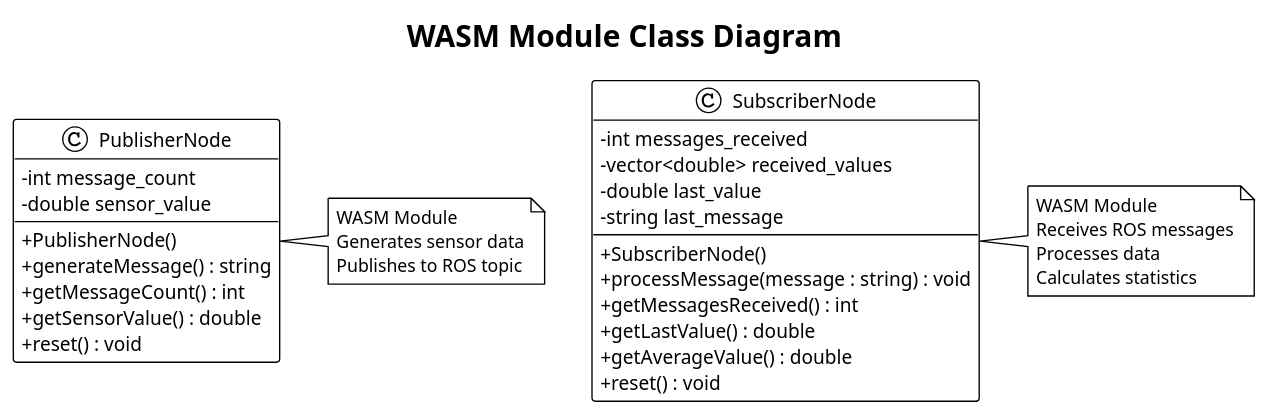
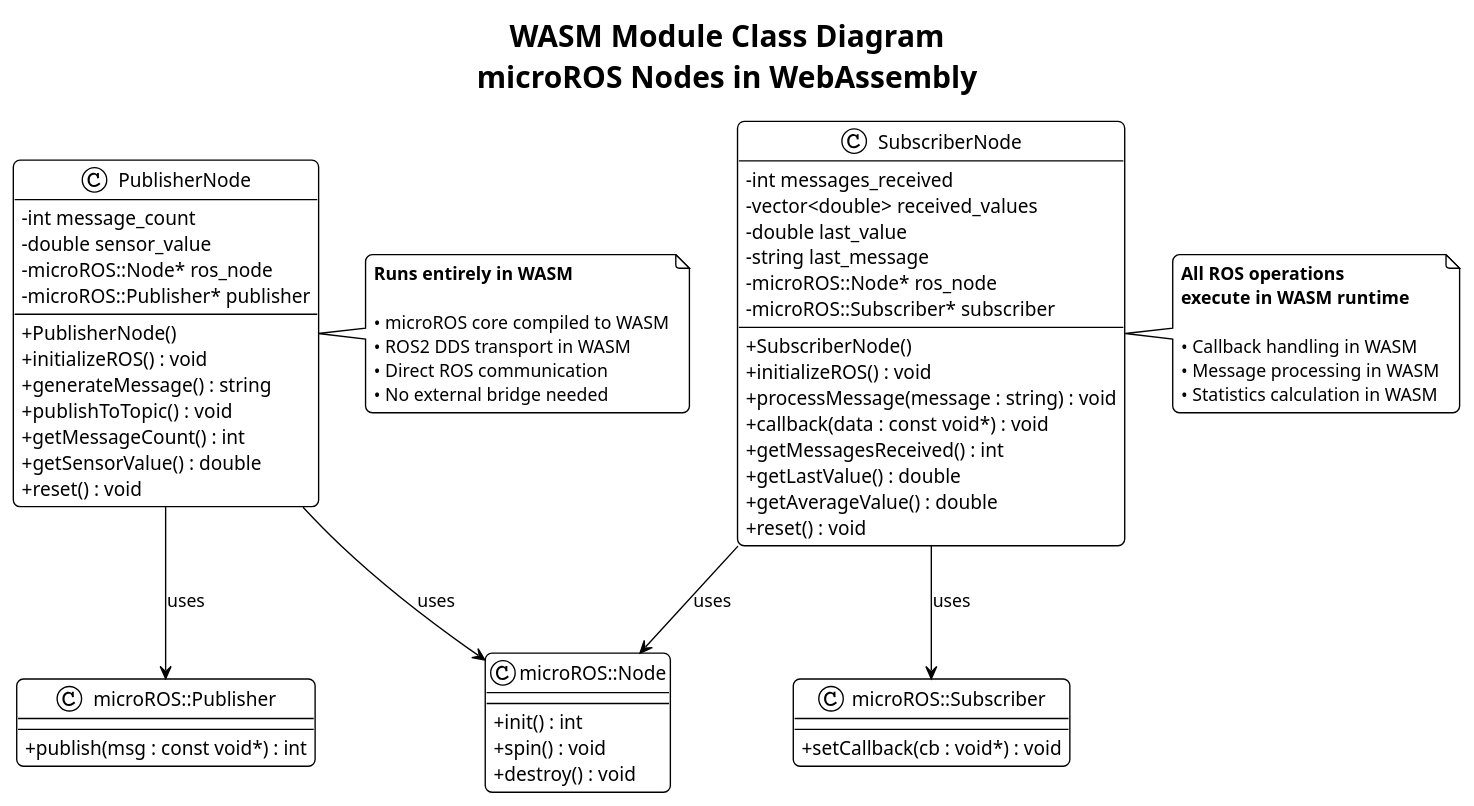
One commit to lucadagati/ros_wasm_example changed the diagram in diagrams/class_diagram.puml. Above: the diagram before and after it, drawn with PlantUML. The commit also changed 9 other files, not shown here.

First line of the commit message:
Fix UML diagrams: microROS runs INSIDE WASM runtime

```diff
--- a/diagrams/class_diagram.puml
+++ b/diagrams/class_diagram.puml
@@ -1,46 +1,79 @@
 @startuml Class Diagram
 !theme plain
 skinparam backgroundColor #FFFFFF
 skinparam classAttributeIconSize 0
+skinparam roundcorner 10
 
-title WASM Module Class Diagram
+title WASM Module Class Diagram\nmicroROS Nodes in WebAssembly
 
 class PublisherNode {
     -int message_count
     -double sensor_value
+    -microROS::Node* ros_node
+    -microROS::Publisher* publisher
     --
     +PublisherNode()
+    +initializeROS() : void
     +generateMessage() : string
+    +publishToTopic() : void
     +getMessageCount() : int
     +getSensorValue() : double
     +reset() : void
 }
 
 class SubscriberNode {
     -int messages_received
     -vector<double> received_values
     -double last_value
     -string last_message
+    -microROS::Node* ros_node
+    -microROS::Subscriber* subscriber
     --
     +SubscriberNode()
+    +initializeROS() : void
     +processMessage(message : string) : void
+    +callback(data : const void*) : void
     +getMessagesReceived() : int
     +getLastValue() : double
     +getAverageValue() : double
     +reset() : void
 }
 
+class "microROS::Node" as ROSNode {
+    +init() : int
+    +spin() : void
+    +destroy() : void
+}
+
+class "microROS::Publisher" as ROSPub {
+    +publish(msg : const void*) : int
+}
+
+class "microROS::Subscriber" as ROSSub {
+    +setCallback(cb : void*) : void
+}
+
+PublisherNode --> ROSNode : uses
+PublisherNode --> ROSPub : uses
+SubscriberNode --> ROSNode : uses
+SubscriberNode --> ROSSub : uses
+
 note right of PublisherNode
-    WASM Module
-    Generates sensor data
-    Publishes to ROS topic
+    **Runs entirely in WASM**
+    
+    • microROS core compiled to WASM
+    • ROS2 DDS transport in WASM
+    • Direct ROS communication
+    • No external bridge needed
 end note
 
 note right of SubscriberNode
-    WASM Module
-    Receives ROS messages
-    Processes data
-    Calculates statistics
+    **All ROS operations**
+    **execute in WASM runtime**
+    
+    • Callback handling in WASM
+    • Message processing in WASM
+    • Statistics calculation in WASM
 end note
 
 @enduml
```
